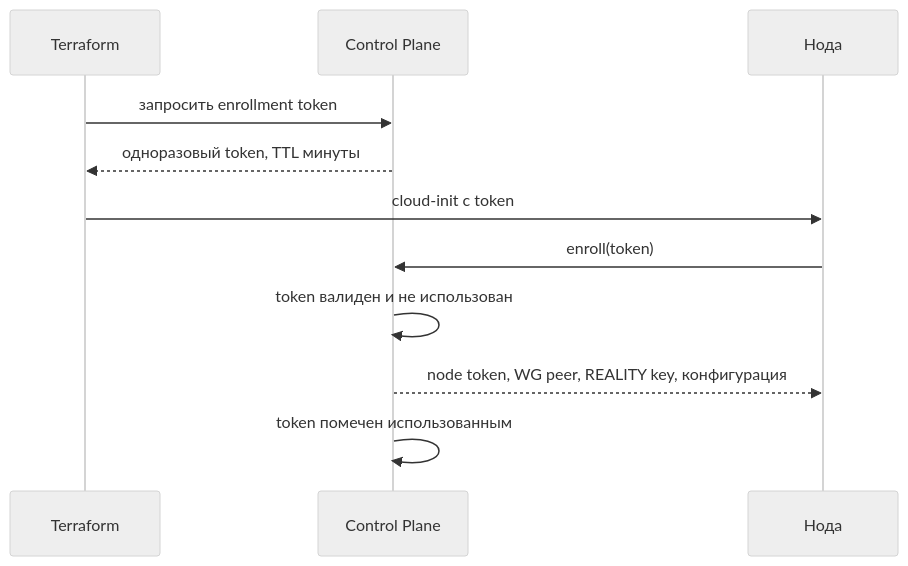
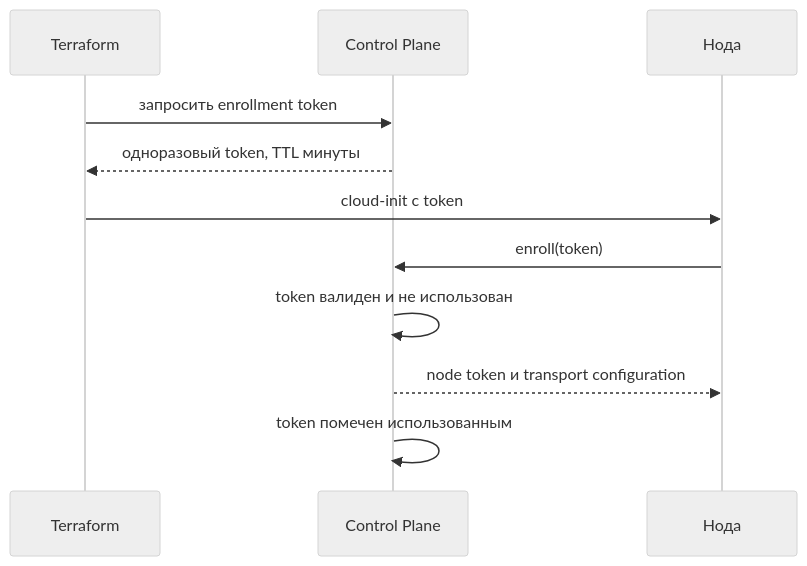
Before and after one commit to ai-zaytsev/simple: the diagram in docs/architecture/secrets-model.md, drawn with Mermaid (neutral theme). The commit also changed other lines of this file and 35 other files, not shown here.

````diff
--- a/docs/architecture/secrets-model.md
+++ b/docs/architecture/secrets-model.md
@@ -57,14 +57,14 @@
 ```mermaid
 sequenceDiagram
     participant TF as Terraform
     participant CP as Control Plane
     participant N as Нода
 
     TF->>CP: запросить enrollment token
     CP-->>TF: одноразовый token, TTL минуты
     TF->>N: cloud-init с token
     N->>CP: enroll(token)
     CP->>CP: token валиден и не использован
-    CP-->>N: node token, WG peer, REALITY key, конфигурация
+    CP-->>N: node token и transport configuration
     CP->>CP: token помечен использованным
 ```
````
